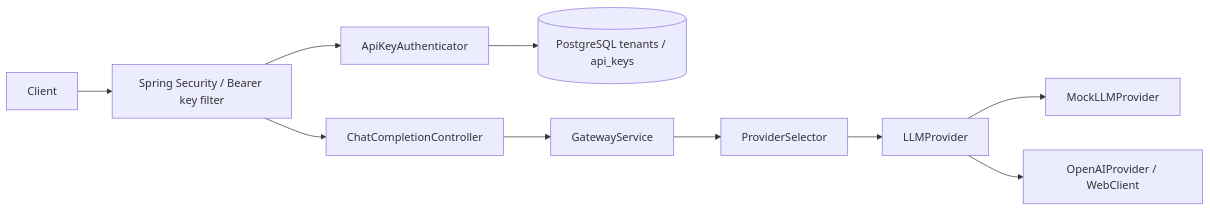
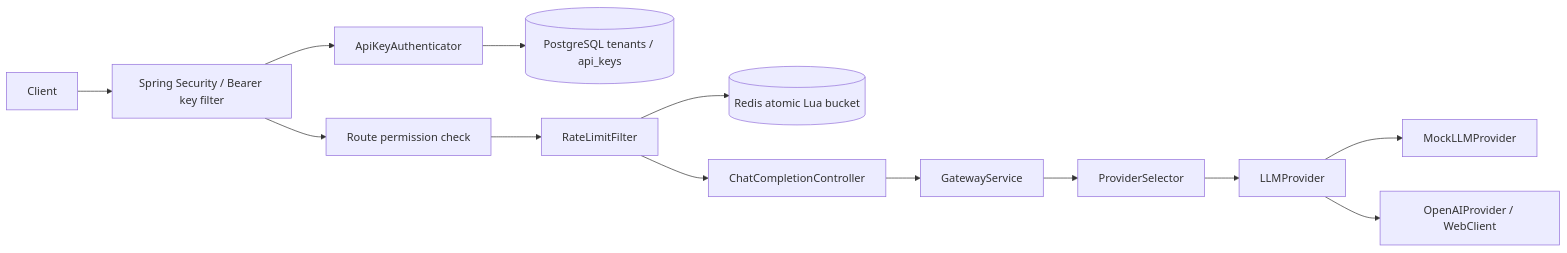
Before and after one commit to su944/Distributed_AI_Gateway: the diagram in docs/architecture.md, drawn with Mermaid. The commit also changed other lines of this file and 15 other files, not shown here.

First line of the commit message:
feat(ratelimit): add distributed Redis token bucket limits

````diff
--- a/docs/architecture.md
+++ b/docs/architecture.md
@@ -5,12 +5,15 @@
 ```mermaid
 flowchart LR
     Client --> Security[Spring Security / Bearer key filter]
     Security --> Auth[ApiKeyAuthenticator]
     Auth --> DB[(PostgreSQL tenants / api_keys)]
-    Security --> Controller[ChatCompletionController]
+    Security --> Authorization[Route permission check]
+    Authorization --> Limit[RateLimitFilter]
+    Limit --> Redis[(Redis atomic Lua bucket)]
+    Limit --> Controller[ChatCompletionController]
     Controller --> Service[GatewayService]
     Service --> Selector[ProviderSelector]
     Selector --> Boundary[LLMProvider]
     Boundary --> Mock[MockLLMProvider]
     Boundary --> OpenAI[OpenAIProvider / WebClient]
 ```
````
